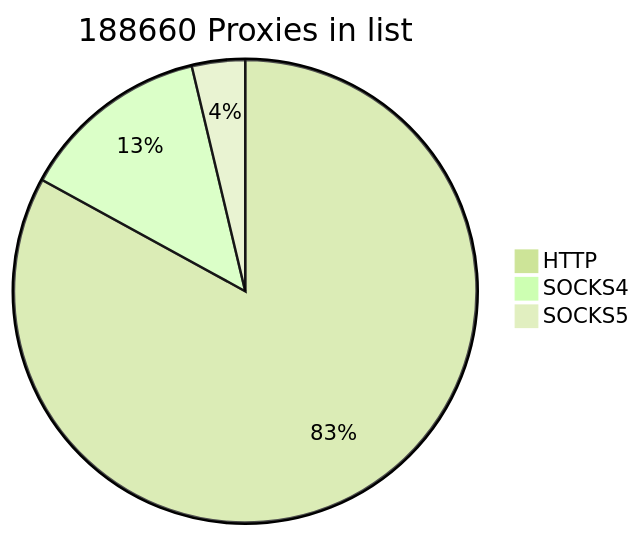
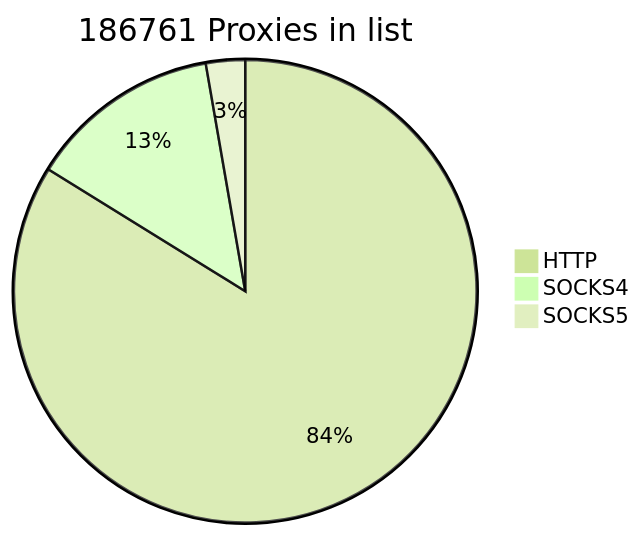
The first of 2 diagrams in README.md (cutipu/proxylist), drawn with Mermaid (forest theme) before and after one commit. The commit also changed other lines of this file, not shown here.

````diff
--- a/README.md
+++ b/README.md
@@ -2,7 +2,7 @@
 ```mermaid
-pie title 188660 Proxies in list
+pie title 186761 Proxies in list
     "HTTP" : 156553
-    "SOCKS4" : 25098
-    "SOCKS5" : 7009
+    "SOCKS4" : 25097
+    "SOCKS5" : 5111
             
 ```
````
